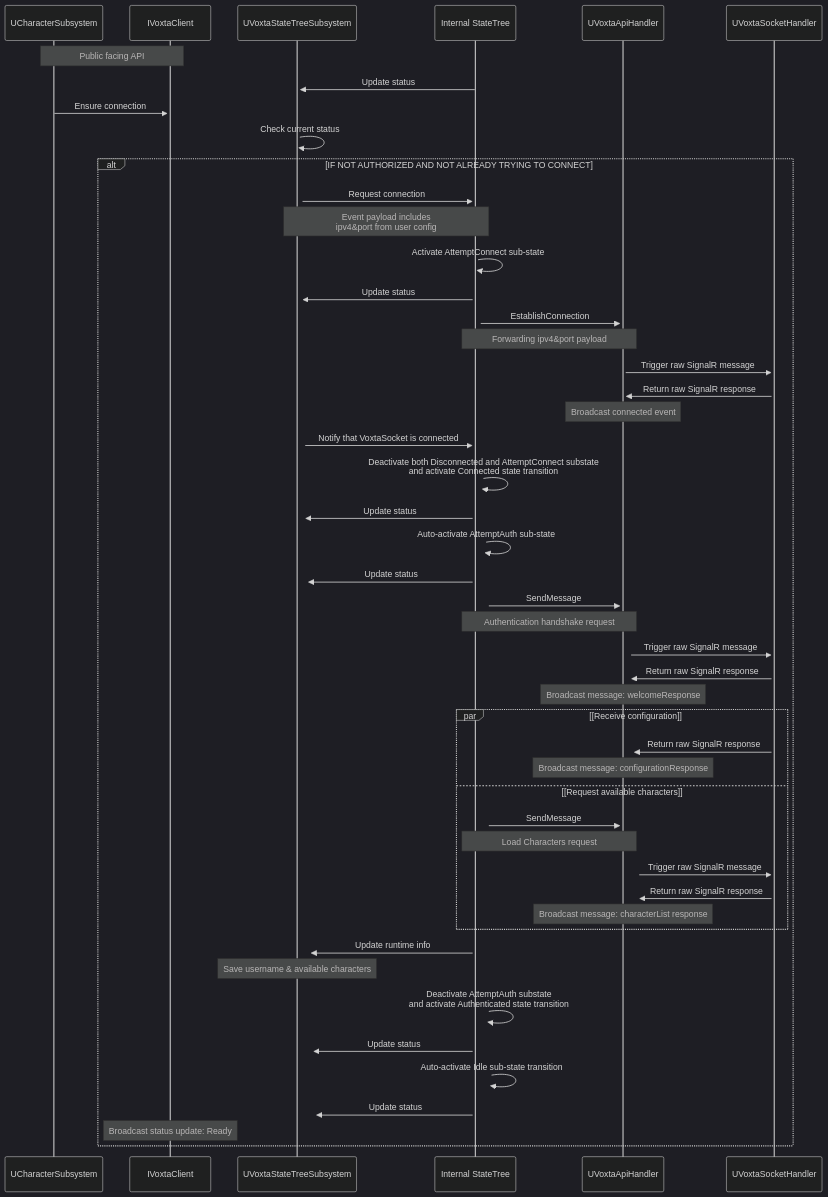
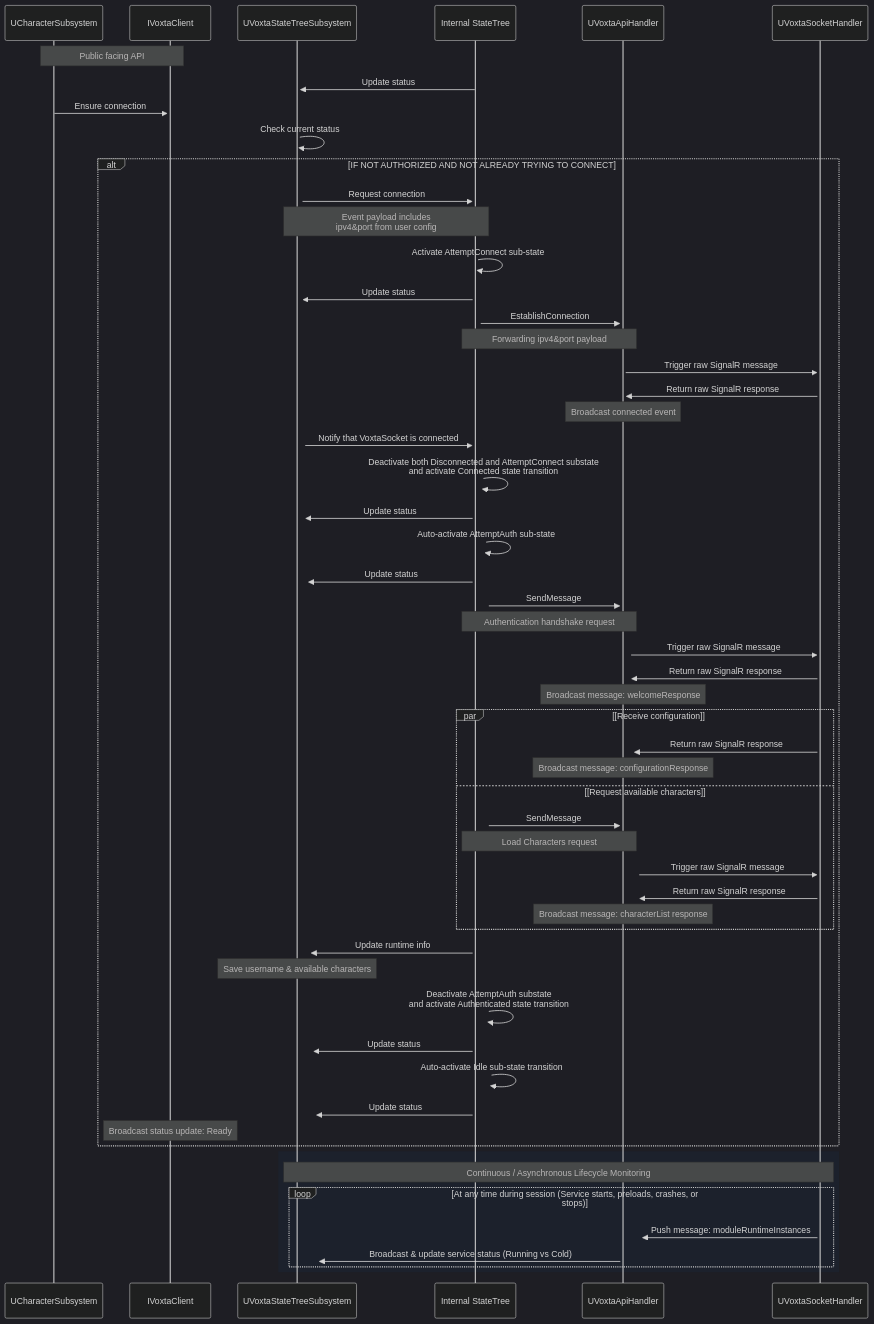
Before and after one commit to grrimgrriefer/UnrealVoxta: the second of 3 diagrams in README.md, drawn with Mermaid. The commit also changed other lines of this file, not shown here.

Commit message:
added missing high level state chat and sequence chart for starting a chat

````diff
--- a/README.md
+++ b/README.md
@@ -14,65 +52,73 @@
 ```mermaid
 ---
 config:
   theme: dark
 ---
 sequenceDiagram
 	Note over UCharacterSubsystem,IVoxtaClient: Public facing API
     participant UVoxtaStateTreeSubsystem
 
     Internal StateTree->>+UVoxtaStateTreeSubsystem: Update status
 
 	UCharacterSubsystem->>+IVoxtaClient: Ensure connection
 	UVoxtaStateTreeSubsystem->>+UVoxtaStateTreeSubsystem: Check current status
 
 	alt IF NOT AUTHORIZED AND NOT ALREADY TRYING TO CONNECT
 		UVoxtaStateTreeSubsystem->>+Internal StateTree: Request connection
 			Note over UVoxtaStateTreeSubsystem,Internal StateTree: Event payload includes <br /> ipv4&port from user config
 		Internal StateTree->>+Internal StateTree: Activate AttemptConnect sub-state
             Internal StateTree->>+UVoxtaStateTreeSubsystem: Update status
 
 		Internal StateTree->>+UVoxtaApiHandler: EstablishConnection
 			Note over Internal StateTree,UVoxtaApiHandler: Forwarding ipv4&port payload
 
 		UVoxtaApiHandler->>+UVoxtaSocketHandler: Trigger raw SignalR message
 		UVoxtaSocketHandler->>+UVoxtaApiHandler: Return raw SignalR response
 			Note over UVoxtaApiHandler: Broadcast connected event
 
 		UVoxtaStateTreeSubsystem->>+Internal StateTree: Notify that VoxtaSocket is connected
 
 		Internal StateTree->>+Internal StateTree: Deactivate both Disconnected and AttemptConnect substate<br /> and activate Connected state transition
 		Internal StateTree->>+UVoxtaStateTreeSubsystem: Update status
 
 		Internal StateTree->>+Internal StateTree: Auto-activate AttemptAuth sub-state
             Internal StateTree->>+UVoxtaStateTreeSubsystem: Update status
 
 		Internal StateTree->>+UVoxtaApiHandler: SendMessage
 			Note over Internal StateTree,UVoxtaApiHandler: Authentication handshake request
 
 		UVoxtaApiHandler->>+UVoxtaSocketHandler: Trigger raw SignalR message
 		UVoxtaSocketHandler->>+UVoxtaApiHandler: Return raw SignalR response
 			Note over UVoxtaApiHandler: Broadcast message: welcomeResponse
 
 		par [Receive configuration]
 				UVoxtaSocketHandler->>+UVoxtaApiHandler: Return raw SignalR response
 					Note over UVoxtaApiHandler: Broadcast message: configurationResponse
 		and [Request available characters]
 				Internal StateTree->>+UVoxtaApiHandler: SendMessage
 					Note over Internal StateTree,UVoxtaApiHandler: Load Characters request
 
 				UVoxtaApiHandler->>+UVoxtaSocketHandler: Trigger raw SignalR message
 				UVoxtaSocketHandler->>+UVoxtaApiHandler: Return raw SignalR response
 					Note over UVoxtaApiHandler: Broadcast message: characterList response
 		end		
 
 		Internal StateTree->>+UVoxtaStateTreeSubsystem: Update runtime info
 			Note over UVoxtaStateTreeSubsystem: Save username & available characters
 
 		Internal StateTree->>+Internal StateTree: Deactivate AttemptAuth substate<br /> and activate Authenticated state transition
         Internal StateTree->>+UVoxtaStateTreeSubsystem: Update status
 
 		Internal StateTree->>+Internal StateTree: Auto-activate Idle sub-state transition
 		    Internal StateTree->>+UVoxtaStateTreeSubsystem: Update status
 		Note over IVoxtaClient:  Broadcast status update: Ready
 	end
+
+	rect rgb(28, 33, 44)
+		Note over UVoxtaSocketHandler,UVoxtaStateTreeSubsystem: Continuous / Asynchronous Lifecycle Monitoring
+		loop At any time during session (Service starts, preloads, crashes, or stops)
+			UVoxtaSocketHandler->>+UVoxtaApiHandler: Push message: moduleRuntimeInstances
+			UVoxtaApiHandler->>+UVoxtaStateTreeSubsystem: Broadcast & update service status (Running vs Cold)
+		end
+	end
 ```
````
